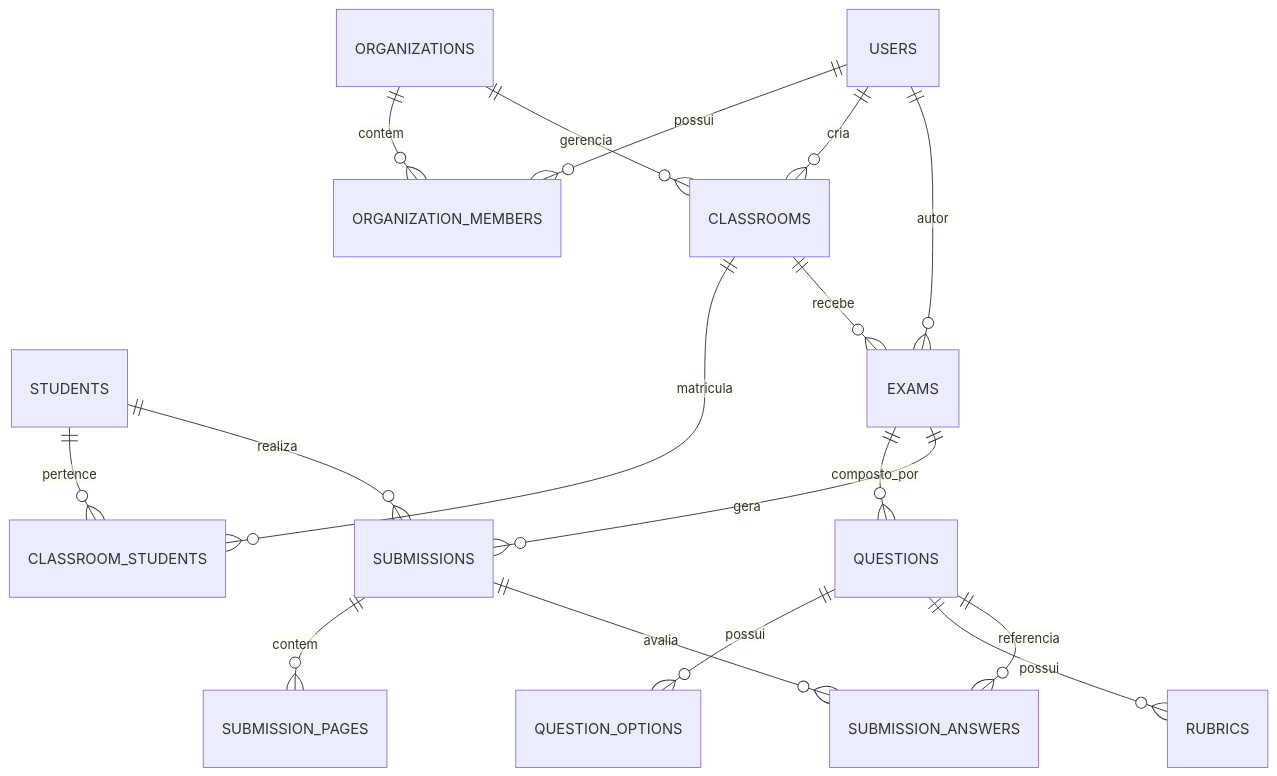
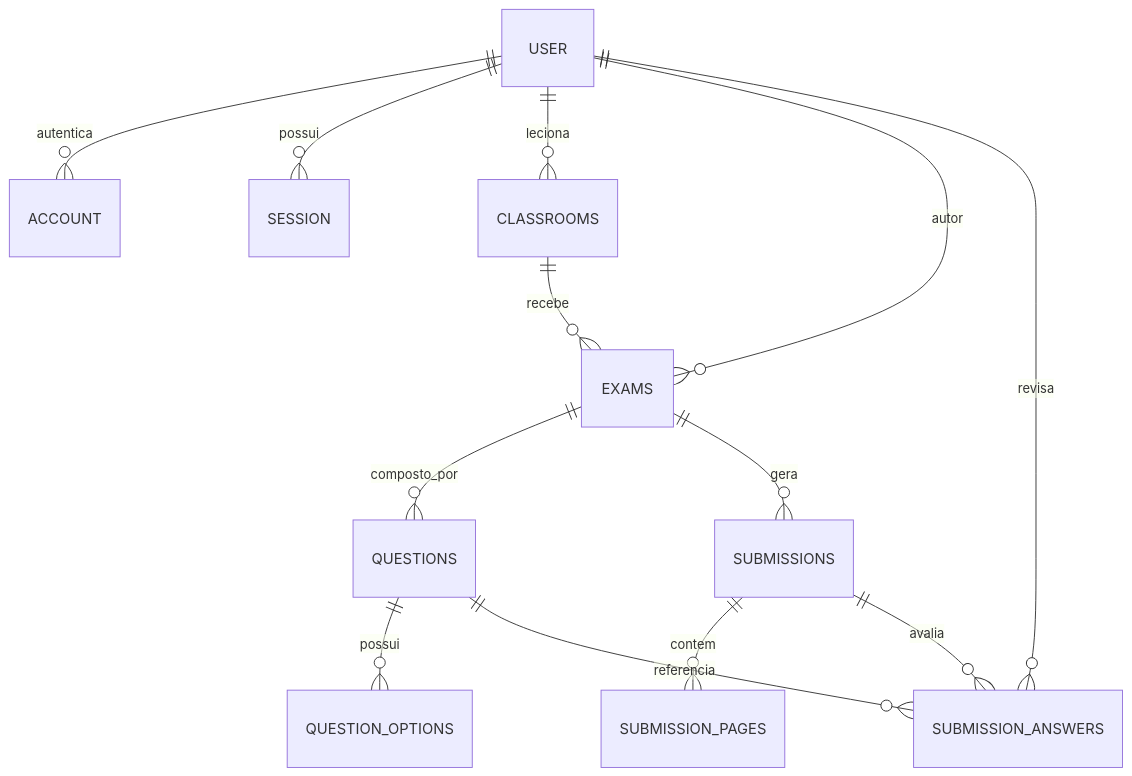
The diagram in docs/database-modeling.md (pedrosawczuk/corretor-prova-ia-app), drawn with Mermaid before and after one commit. The commit also changed other lines of this file and 11 other files, not shown here.

Commit message:
feat: expand database schemas with exams and submissions domains

````diff
--- a/docs/database-modeling.md
+++ b/docs/database-modeling.md
@@ -9,21 +11,17 @@
 ```mermaid
 erDiagram
-    USERS ||--o{ ORGANIZATION_MEMBERS : "possui"
-    ORGANIZATIONS ||--o{ ORGANIZATION_MEMBERS : "contem"
-    ORGANIZATIONS ||--o{ CLASSROOMS : "gerencia"
-    USERS ||--o{ CLASSROOMS : "cria"
-    CLASSROOMS ||--o{ CLASSROOM_STUDENTS : "matricula"
-    STUDENTS ||--o{ CLASSROOM_STUDENTS : "pertence"
-    
-    USERS ||--o{ EXAMS : "autor"
+    USER ||--o{ ACCOUNT : "autentica"
+    USER ||--o{ SESSION : "possui"
+
+    USER ||--o{ CLASSROOMS : "leciona"
     CLASSROOMS ||--o{ EXAMS : "recebe"
+    USER ||--o{ EXAMS : "autor"
     EXAMS ||--o{ QUESTIONS : "composto_por"
     QUESTIONS ||--o{ QUESTION_OPTIONS : "possui"
-    QUESTIONS ||--o{ RUBRICS : "possui"
 
     EXAMS ||--o{ SUBMISSIONS : "gera"
-    STUDENTS ||--o{ SUBMISSIONS : "realiza"
     SUBMISSIONS ||--o{ SUBMISSION_PAGES : "contem"
     SUBMISSIONS ||--o{ SUBMISSION_ANSWERS : "avalia"
     QUESTIONS ||--o{ SUBMISSION_ANSWERS : "referencia"
+    USER ||--o{ SUBMISSION_ANSWERS : "revisa"
 ```
````
